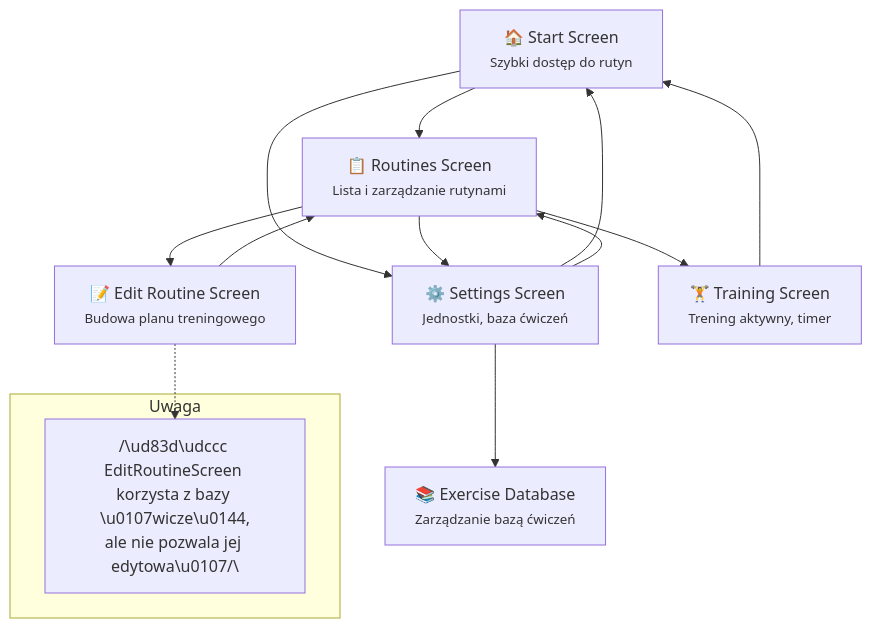
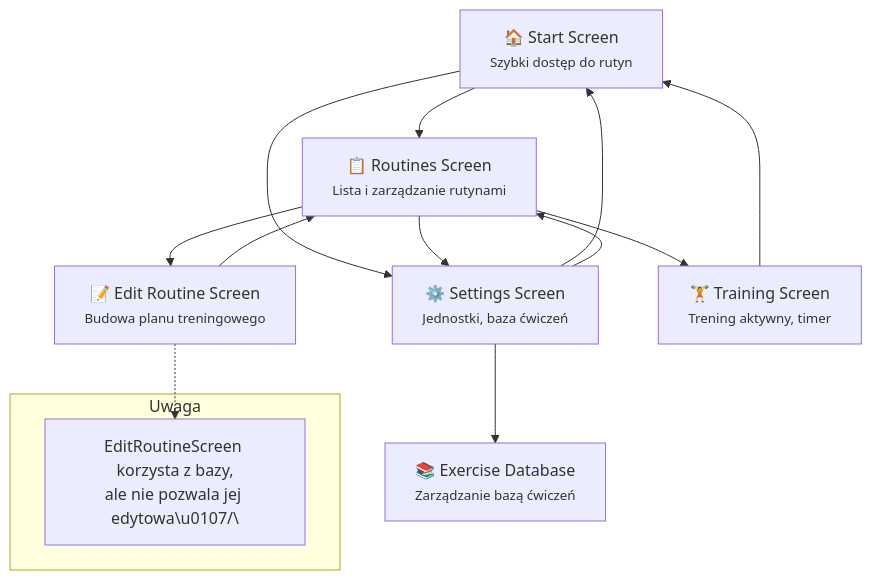
Before and after one commit to Ramigiusz/GymApp: the diagram in README.md, drawn with Mermaid.

````diff
--- a/README.md
+++ b/README.md
@@ -63,31 +63,31 @@
 ```mermaid
 flowchart TD
     %% Ekrany główne
     Start["🏠 Start Screen<br/><small>Szybki dostęp do rutyn</small>"]
     Settings["⚙️ Settings Screen<br/><small>Jednostki, baza ćwiczeń</small>"]
     Routines["📋 Routines Screen<br/><small>Lista i zarządzanie rutynami</small>"]
     EditRoutine["📝 Edit Routine Screen<br/><small>Budowa planu treningowego</small>"]
     Training["🏋️ Training Screen<br/><small>Trening aktywny, timer</small>"]
     ExerciseDB["📚 Exercise Database<br/><small>Zarządzanie bazą ćwiczeń</small>"]
 
     %% Nawigacja główna
     Start --> Routines
     Start --> Settings
 
     Settings --> ExerciseDB
     Settings --> Start
     Settings --> Routines
 
     Routines --> EditRoutine
     Routines --> Training
     Routines --> Settings
 
     EditRoutine --> Routines
     Training --> Start
 
     %% Przypis do EditRoutine
     subgraph Uwaga
-        Note1["/\ud83d\udccc EditRoutineScreen korzysta z bazy \u0107wicze\u0144,<br/>ale nie pozwala jej edytowa\u0107/\"]
+        Note1["EditRoutineScreen korzysta z bazy,<br/>ale nie pozwala jej edytowa\u0107/\"]
     end
     EditRoutine -.-> Note1
 ```
````
